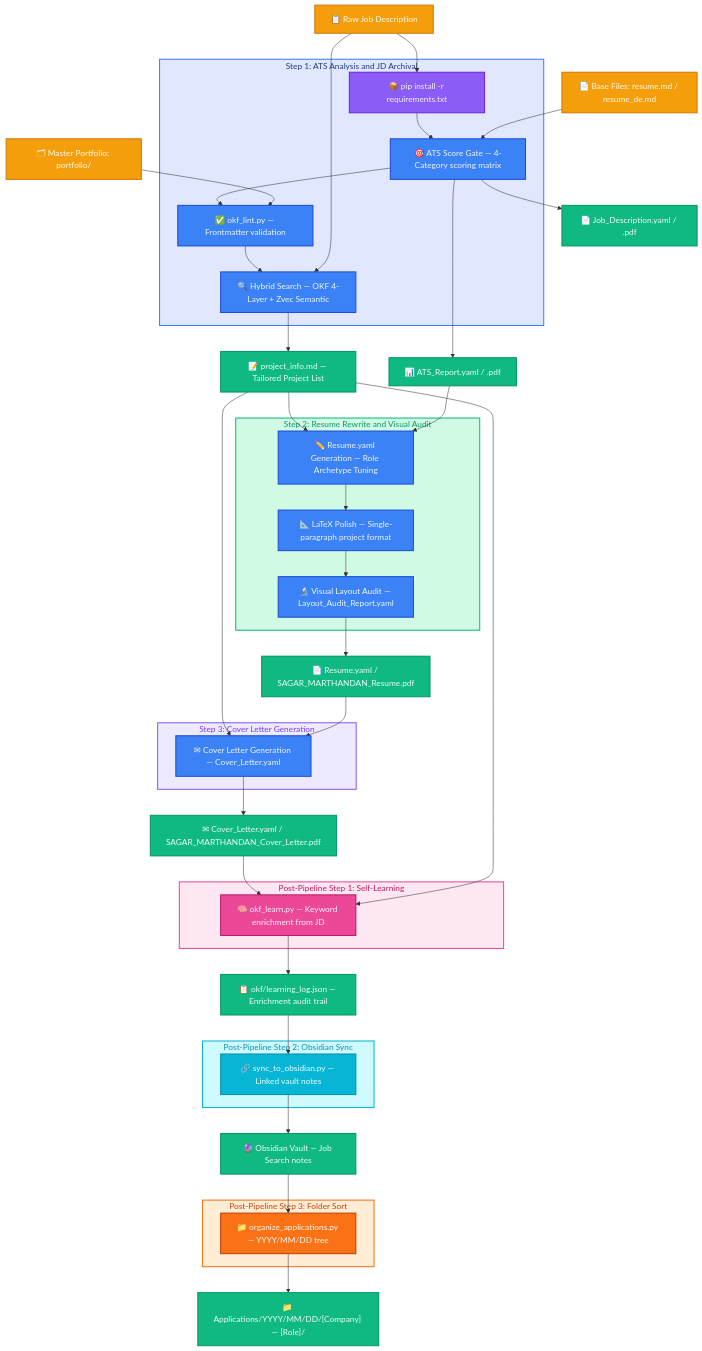
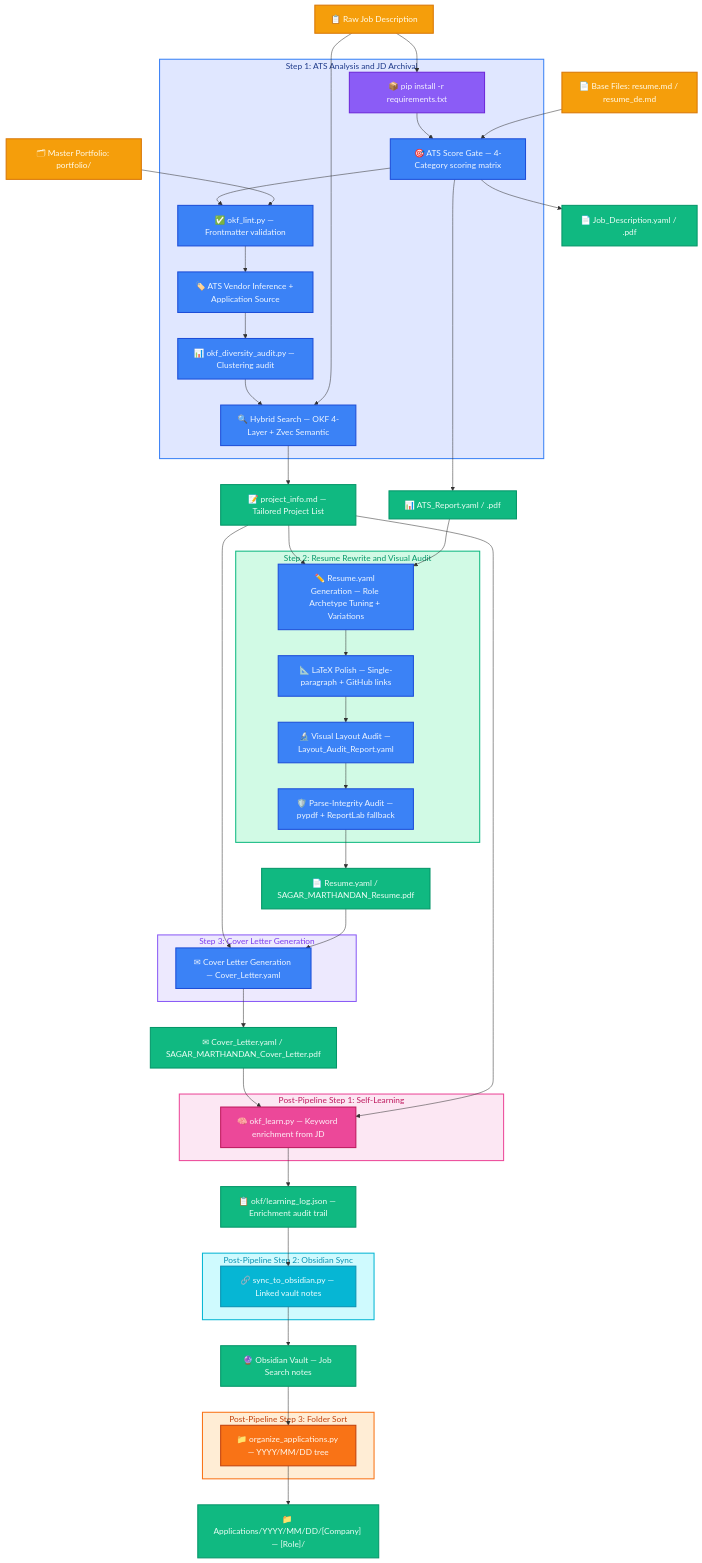
One commit to SagarMarthandan/okf-cv changed the diagram in README.md. Above: the diagram before and after it, drawn with Mermaid. The commit also changed other lines of this file and 43 other files, not shown here.

```diff
--- a/README.md
+++ b/README.md
@@ -37,13 +39,16 @@
         Deps["📦 pip install -r requirements.txt"]:::system
         ATS["🎯 ATS Score Gate — 4-Category scoring matrix"]:::processing
         Lint["✅ okf_lint.py — Frontmatter validation"]:::processing
+        Vendor["🏷️ ATS Vendor Inference + Application Source"]:::processing
+        Diversity["📊 okf_diversity_audit.py — Clustering audit"]:::processing
         OKF["🔍 Hybrid Search — OKF 4-Layer + Zvec Semantic"]:::processing
     end
 
     subgraph Step2 ["Step 2: Resume Rewrite and Visual Audit"]
-        Rewrite["✏️ Resume.yaml Generation — Role Archetype Tuning"]:::processing
-        LaTeX["📐 LaTeX Polish — Single-paragraph project format"]:::processing
+        Rewrite["✏️ Resume.yaml Generation — Role Archetype Tuning + Variations"]:::processing
+        LaTeX["📐 LaTeX Polish — Single-paragraph + GitHub links"]:::processing
         Audit["🔬 Visual Layout Audit — Layout_Audit_Report.yaml"]:::processing
+        ParseIntegrity["🛡️ Parse-Integrity Audit — pypdf + ReportLab fallback"]:::processing
     end
 
     subgraph Step3 ["Step 3: Cover Letter Generation"]
@@ -79,7 +84,9 @@
 
     ATS --> Lint
     RepoInfo --> Lint
-    Lint --> OKF
+    Lint --> Vendor
+    Vendor --> Diversity
+    Diversity --> OKF
     JD --> OKF
 
     ATS --> OutATS
@@ -90,7 +97,8 @@
     OutATS --> Rewrite
     Rewrite --> LaTeX
     LaTeX --> Audit
-    Audit --> OutRes
+    Audit --> ParseIntegrity
+    ParseIntegrity --> OutRes
 
     OutProj --> CL
     OutRes --> CL
```
